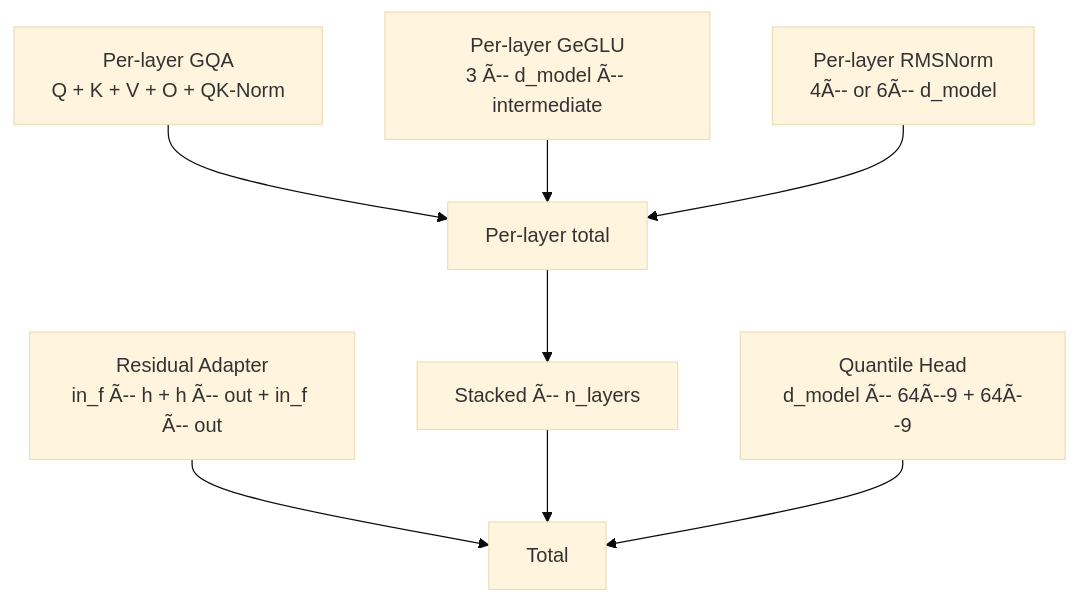
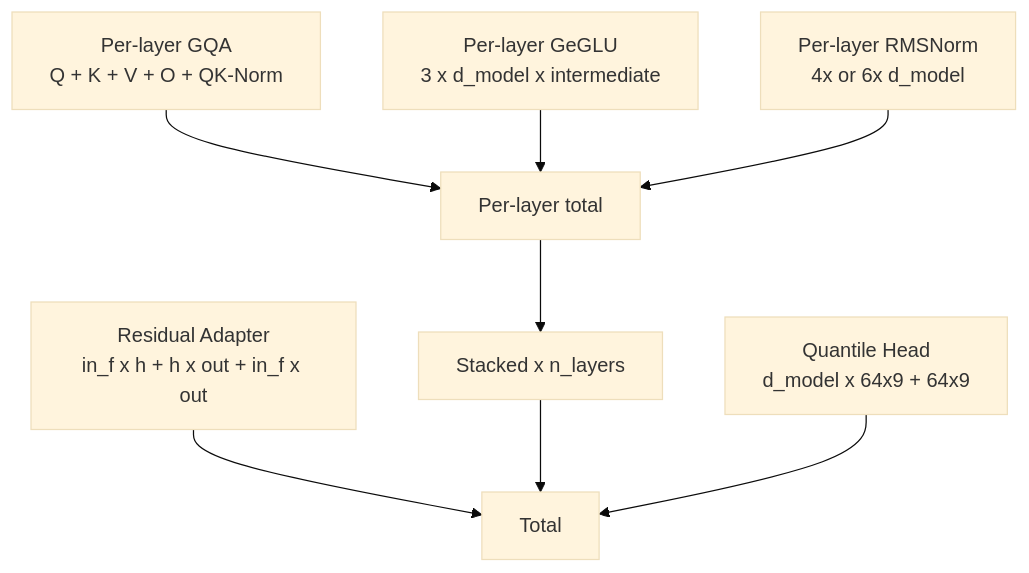
The first of 3 diagrams in README.md (SNAPKITTYWEST/nano-gemini), drawn with Mermaid (base theme) before and after one commit. The commit also changed other lines of this file, not shown here.

Commit message:
Fix README mermaid: escape [V,T] to (V,T) in nodes, pure ASCII, UTF-8 no BOM

````diff
--- a/README.md
+++ b/README.md
@@ -41,10 +41,10 @@
 ```mermaid
 flowchart TD
-    A[Per-layer GQA<br/>Q + K + V + O + QK-Norm] --> P[Per-layer total]
-    B[Per-layer GeGLU<br/>3 Ã-- d_model Ã-- intermediate] --> P
-    C[Per-layer RMSNorm<br/>4Ã-- or 6Ã-- d_model] --> P
-    P --> S[Stacked Ã-- n_layers]
-    D[Residual Adapter<br/>in_f Ã-- h + h Ã-- out + in_f Ã-- out] --> T[Total]
+    A["Per-layer GQA<br/>Q + K + V + O + QK-Norm"] --> P["Per-layer total"]
+    B["Per-layer GeGLU<br/>3 x d_model x intermediate"] --> P
+    C["Per-layer RMSNorm<br/>4x or 6x d_model"] --> P
+    P --> S["Stacked x n_layers"]
+    D["Residual Adapter<br/>in_f x h + h x out + in_f x out"] --> T["Total"]
     S --> T
-    E[Quantile Head<br/>d_model Ã-- 64Ã--9 + 64Ã--9] --> T
+    E["Quantile Head<br/>d_model x 64x9 + 64x9"] --> T
 ```
````
